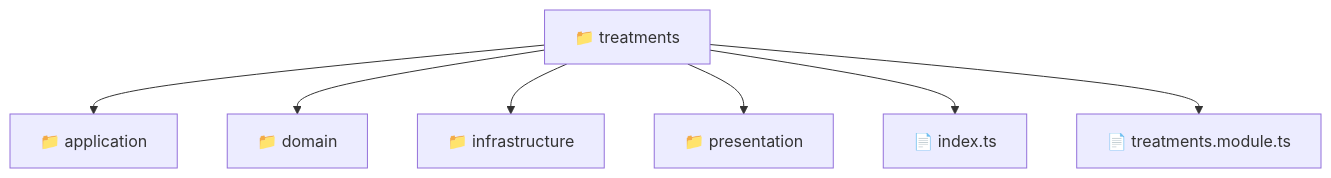
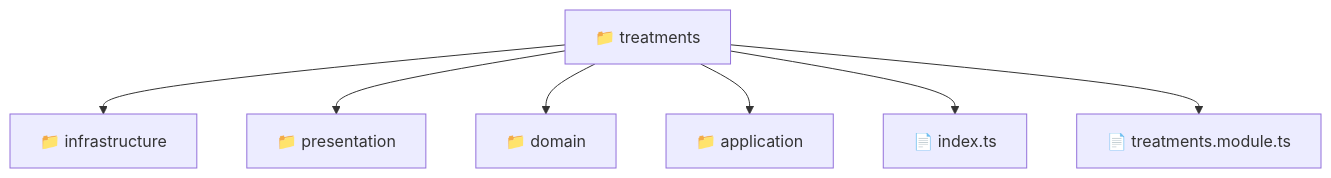
One commit to beginwebdev2002/fullstack-mavluda changed the diagram in backend/src/modules/treatments/README.md. Above: the diagram before and after it, drawn with Mermaid. The commit also changed other lines of this file and 157 other files, not shown here.

````diff
--- a/backend/src/modules/treatments/README.md
+++ b/backend/src/modules/treatments/README.md
@@ -9,10 +9,10 @@
 ```mermaid
 graph TD
-  Root["📁 treatments"]
-  Root --> application["📁 application"]
-  Root --> domain["📁 domain"]
-  Root --> infrastructure["📁 infrastructure"]
-  Root --> presentation["📁 presentation"]
-  Root --> index_ts["📄 index.ts"]
-  Root --> treatments_module_ts["📄 treatments.module.ts"]
+  treatments["📁 treatments"]
+  treatments --> infrastructure["📁 infrastructure"]
+  treatments --> presentation["📁 presentation"]
+  treatments --> domain["📁 domain"]
+  treatments --> application["📁 application"]
+  treatments --> index_ts["📄 index.ts"]
+  treatments --> treatments_module_ts["📄 treatments.module.ts"]
 ```
````
